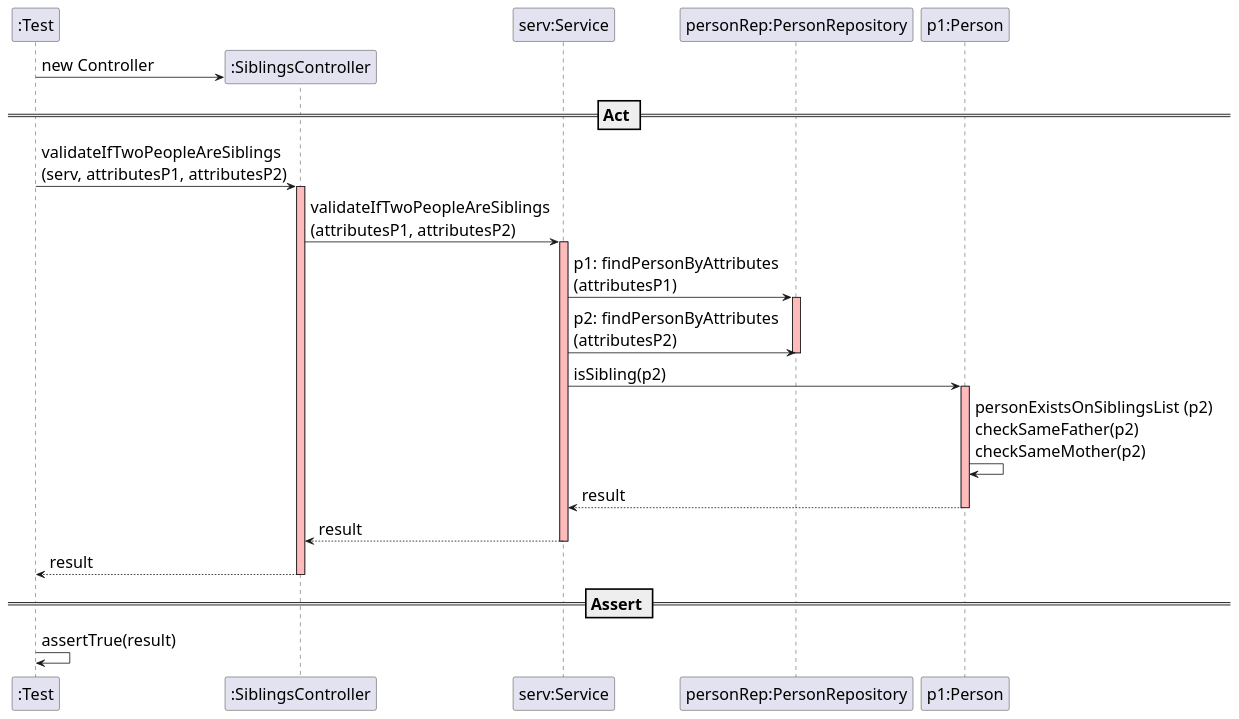
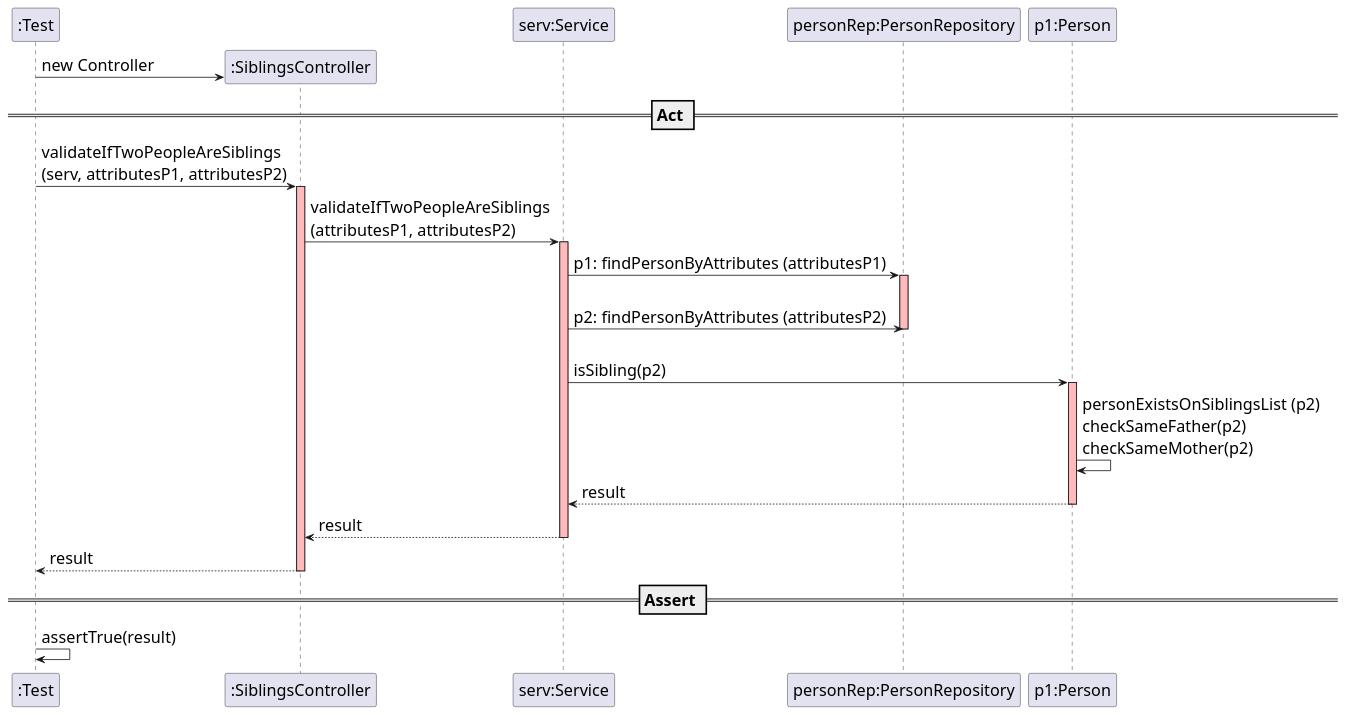
The diagram in src/oldControllers/controllers/US001SiblingsSD.puml (mleitaoribeiro/DevOpsMaven), drawn with PlantUML before and after one commit.

Commit message:
ref #639

```diff
--- a/src/oldControllers/controllers/US001SiblingsSD.puml
+++ b/src/oldControllers/controllers/US001SiblingsSD.puml
@@ -1,44 +1,45 @@
 @startuml
 skinparam DefaultFontSize 20
 create ":Test"
 
 create ":SiblingsController"
 ":Test" -> ":SiblingsController" : new Controller
 
 participant "serv:Service"
 participant "personRep:PersonRepository"
 participant "p1:Person"
 
 == Act ==
 
 ":Test" -> ":SiblingsController" : validateIfTwoPeopleAreSiblings\n(serv, attributesP1, attributesP2)
 activate ":SiblingsController"  #FFBBBB
 
 ":SiblingsController" -> "serv:Service" : validateIfTwoPeopleAreSiblings\n(attributesP1, attributesP2)
 activate "serv:Service"  #FFBBBB
 
-"serv:Service" -> "personRep:PersonRepository" : p1: findPersonByAttributes\n(attributesP1)
+"serv:Service" -> "personRep:PersonRepository" : p1: findPersonByAttributes (attributesP1)
 activate "personRep:PersonRepository" #FFBBBB
+|||
+"serv:Service" -> "personRep:PersonRepository" : p2: findPersonByAttributes (attributesP2)
 
-"serv:Service" -> "personRep:PersonRepository" : p2: findPersonByAttributes\n(attributesP2)
 deactivate "personRep:PersonRepository" #FFBBBB
-
+|||
 "serv:Service" -> "p1:Person" : isSibling(p2)
 activate "p1:Person"  #FFBBBB
 
-"p1:Person" -> "p1:Person" : personExistsOnSiblingsList (p2)\ncheckSameFather(p2)\ncheckSameMother(p2)
+"p1:Person" -> "p1:Person" :  personExistsOnSiblingsList (p2)\ncheckSameFather(p2)\ncheckSameMother(p2)
 
 "p1:Person" --> "serv:Service" : result
 deactivate "p1:Person"
 
 "serv:Service"--> ":SiblingsController" : result
 deactivate "serv:Service"
 
 ":SiblingsController" --> ":Test" : result
 deactivate ":SiblingsController"
 
 == Assert ==
 
 ":Test" -> ":Test" : assertTrue(result)
 
 @enduml
```
